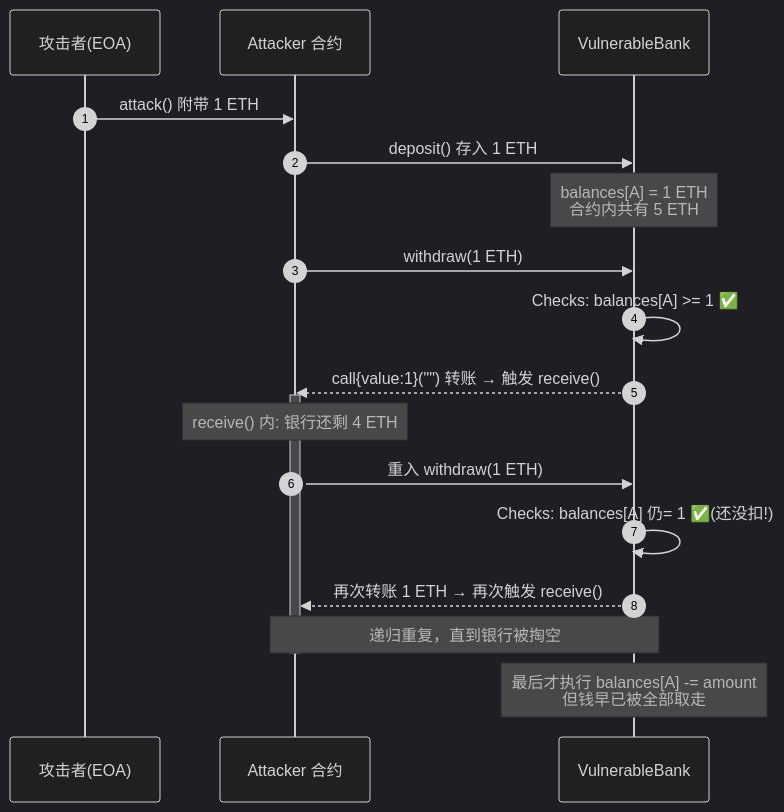
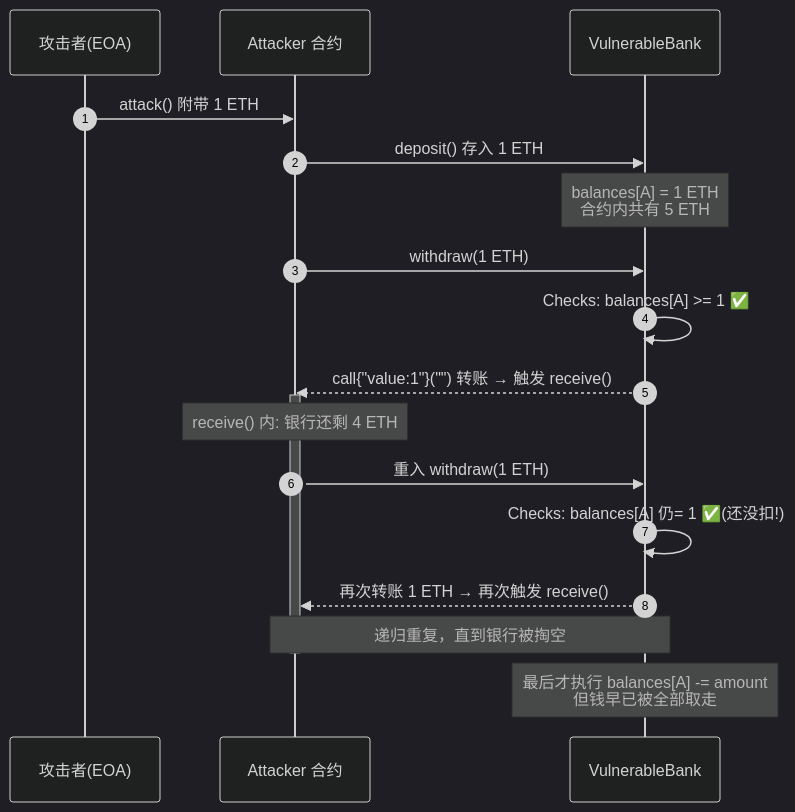
One commit to boyley/web3-learning changed the diagram in 04-smart-contract-security/01-reentrancy/README.md. Above: the diagram before and after it, drawn with Mermaid (dark theme). The commit also changed 71 other files, not shown here.

First line of the commit message:
fix: 全库修复 Mermaid 词法错误

````diff
--- a/04-smart-contract-security/01-reentrancy/README.md
+++ b/04-smart-contract-security/01-reentrancy/README.md
@@ -27,22 +27,22 @@
 ```mermaid
 sequenceDiagram
     autonumber
     participant U as 攻击者(EOA)
     participant A as Attacker 合约
     participant B as VulnerableBank
 
     U->>A: attack() 附带 1 ETH
     A->>B: deposit() 存入 1 ETH
     Note over B: balances[A] = 1 ETH<br/>合约内共有 5 ETH
     A->>B: withdraw(1 ETH)
     B->>B: Checks: balances[A] >= 1 ✅
-    B-->>A: call{value:1}("") 转账 → 触发 receive()
+    B-->>A: call{"value:1"}("") 转账 → 触发 receive()
     activate A
     Note over A: receive() 内: 银行还剩 4 ETH
     A->>B: 重入 withdraw(1 ETH)
     B->>B: Checks: balances[A] 仍= 1 ✅(还没扣!)
     B-->>A: 再次转账 1 ETH → 再次触发 receive()
     Note over A,B: 递归重复，直到银行被掏空
     deactivate A
     Note over B: 最后才执行 balances[A] -= amount<br/>但钱早已被全部取走
 ```
````
